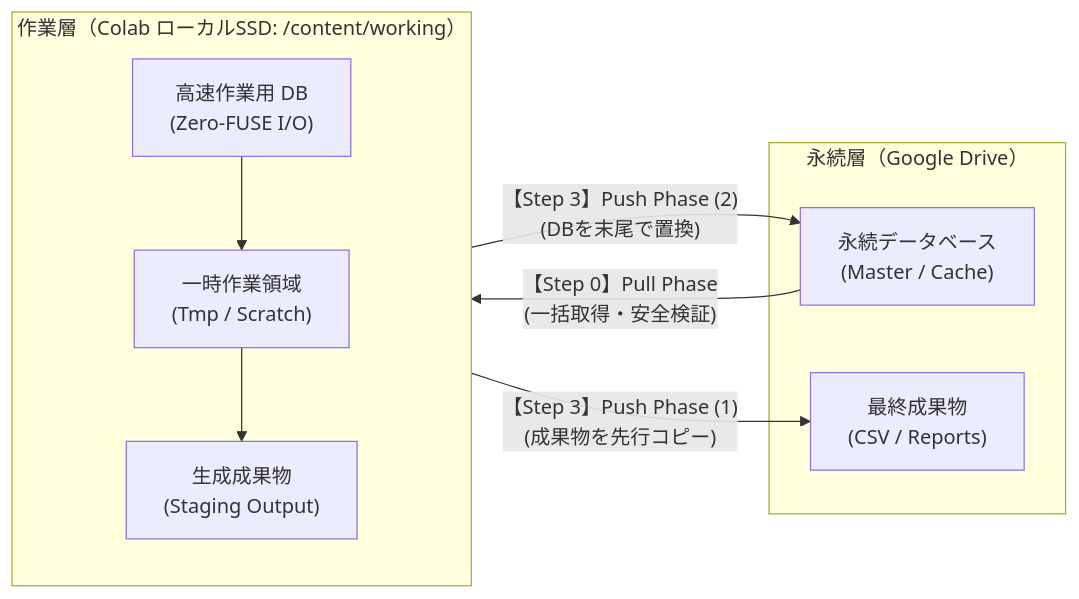
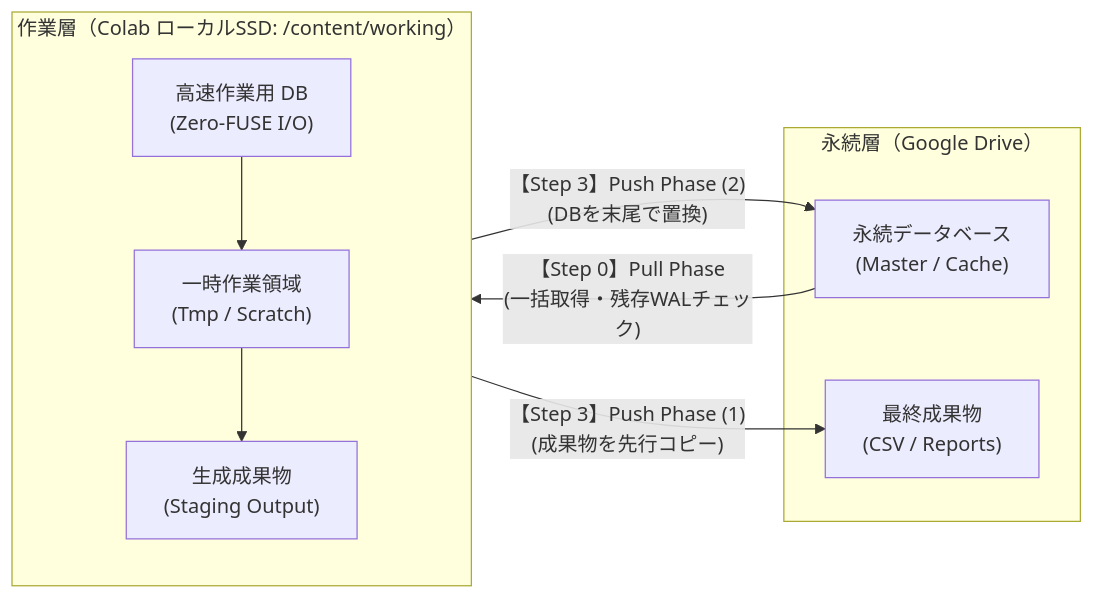
Before and after one commit to akkyey/stock-analyzer-core: the diagram in docs/articles/qiita_part6_colab_ephemeral_storage_architecture.md, drawn with Mermaid. The commit also changed other lines of this file, not shown here.

````diff
--- a/docs/articles/qiita_part6_colab_ephemeral_storage_architecture.md
+++ b/docs/articles/qiita_part6_colab_ephemeral_storage_architecture.md
@@ -87,19 +85,19 @@
 ```mermaid
 flowchart LR
     subgraph Persistent["永続層（Google Drive）"]
         DriveDB["永続データベース<br/>(Master / Cache)"]
         DriveOut["最終成果物<br/>(CSV / Reports)"]
     end
 
     subgraph Ephemeral["作業層（Colab ローカルSSD: /content/working）"]
         direction TB
         LocalDB["高速作業用 DB<br/>(Zero-FUSE I/O)"]
         LocalWork["一時作業領域<br/>(Tmp / Scratch)"]
         LocalOut["生成成果物<br/>(Staging Output)"]
     end
 
-    DriveDB -- "【Step 0】Pull Phase<br/>(一括取得・安全検証)" --> LocalDB
+    DriveDB -- "【Step 0】Pull Phase<br/>(一括取得・残存WALチェック)" --> LocalDB
     LocalDB --> LocalWork --> LocalOut
     LocalOut -- "【Step 3】Push Phase (1)<br/>(成果物を先行コピー)" --> DriveOut
     LocalDB -- "【Step 3】Push Phase (2)<br/>(DBを末尾で置換)" --> DriveDB
 ```
````
